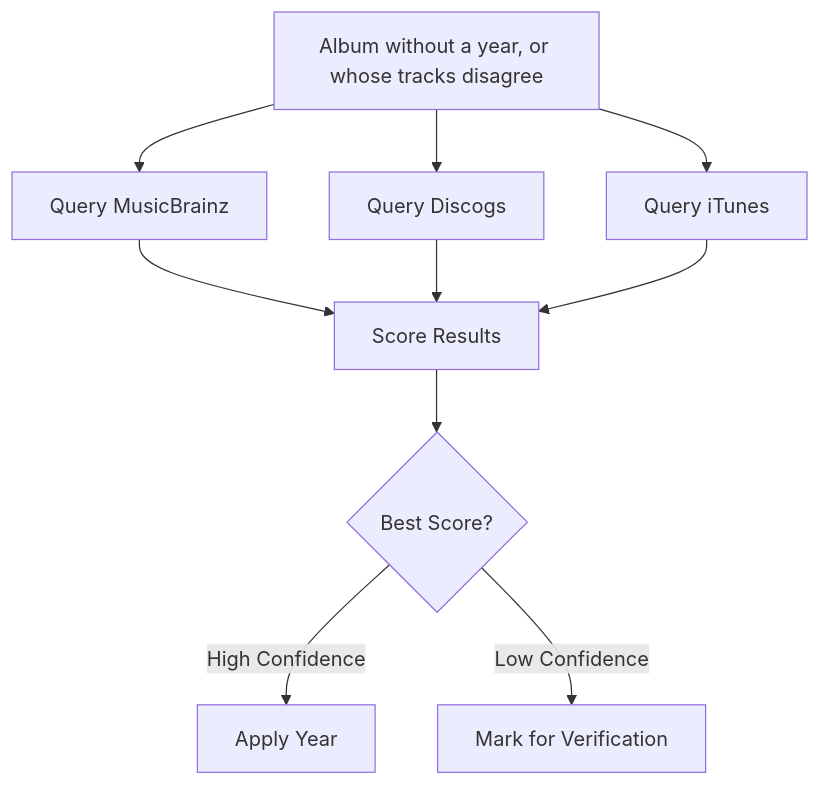
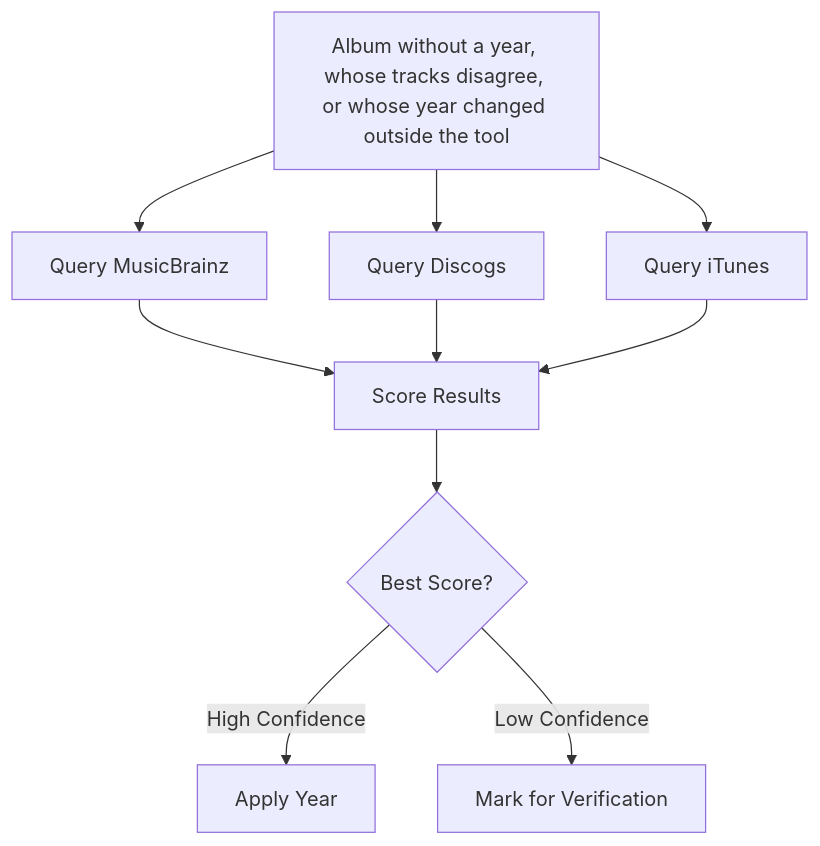
Before and after one commit to barad1tos/GenreUpdater: the diagram in docs/guide/years.md, drawn with Mermaid. The commit also changed other lines of this file and 29 other files, not shown here.

````diff
--- a/docs/guide/years.md
+++ b/docs/guide/years.md
@@ -19,12 +19,12 @@
 ```mermaid
 flowchart TD
-    A[Album without a year, or whose tracks disagree] --> B[Query MusicBrainz]
+    A[Album without a year, whose tracks disagree, or whose year changed outside the tool] --> B[Query MusicBrainz]
     A --> C[Query Discogs]
     A --> D[Query iTunes]
     B --> E[Score Results]
     C --> E
     D --> E
     E --> F{Best Score?}
     F -->|High Confidence| G[Apply Year]
     F -->|Low Confidence| H[Mark for Verification]
 ```
````
